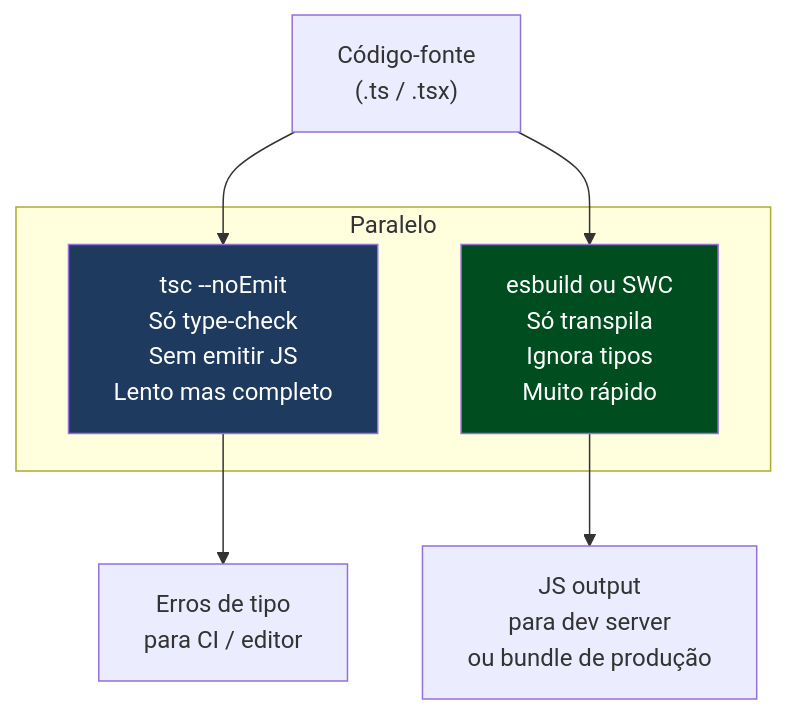
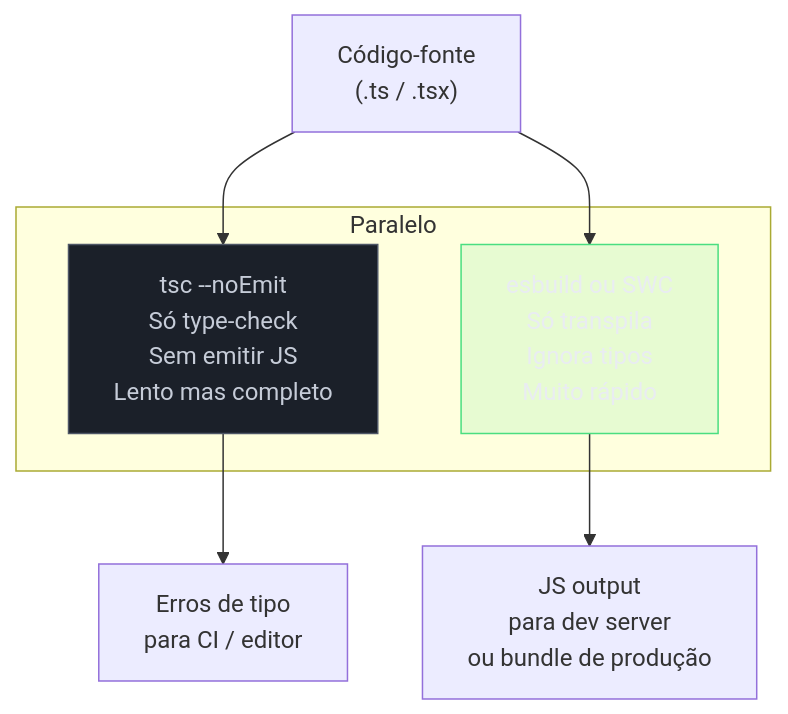
One commit to josenaldo/codex-technomanticus changed the sixth of 8 diagrams in 03-Dominios/Tecnologia/Tooling e Build/08 - Transpilação e targets.md. Above: the diagram before and after it, drawn with Mermaid. The commit also changed other lines of this file and 1181 other files, not shown here.

First line of the commit message:
fix(diagramas): paleta do sistema no lugar de cor cravada no markdown

````diff
--- a/03-Dominios/Tecnologia/Tooling e Build/08 - Transpilação e targets.md
+++ b/03-Dominios/Tecnologia/Tooling e Build/08 - Transpilação e targets.md
@@ -391,20 +396,22 @@
 ```mermaid
 flowchart TD
+    classDef neutro fill:#1B2029,stroke:#4E5666,color:#C6CCD8
+    classDef ok fill:#4ADE8021,stroke:#4ADE80,color:#E9ECF2
     SRC["Código-fonte\n(.ts / .tsx)"]
 
     subgraph "Paralelo"
         TC["tsc --noEmit\nSó type-check\nSem emitir JS\nLento mas completo"]
         TR["esbuild ou SWC\nSó transpila\nIgnora tipos\nMuito rápido"]
     end
 
     OUT["JS output\npara dev server\nou bundle de produção"]
     ERR["Erros de tipo\npara CI / editor"]
 
     SRC --> TC
     SRC --> TR
     TC --> ERR
     TR --> OUT
 
-    style TC fill:#1e3a5f,color:#fff
-    style TR fill:#004d20,color:#fff
+    class TC neutro
+    class TR ok
 ```
````
